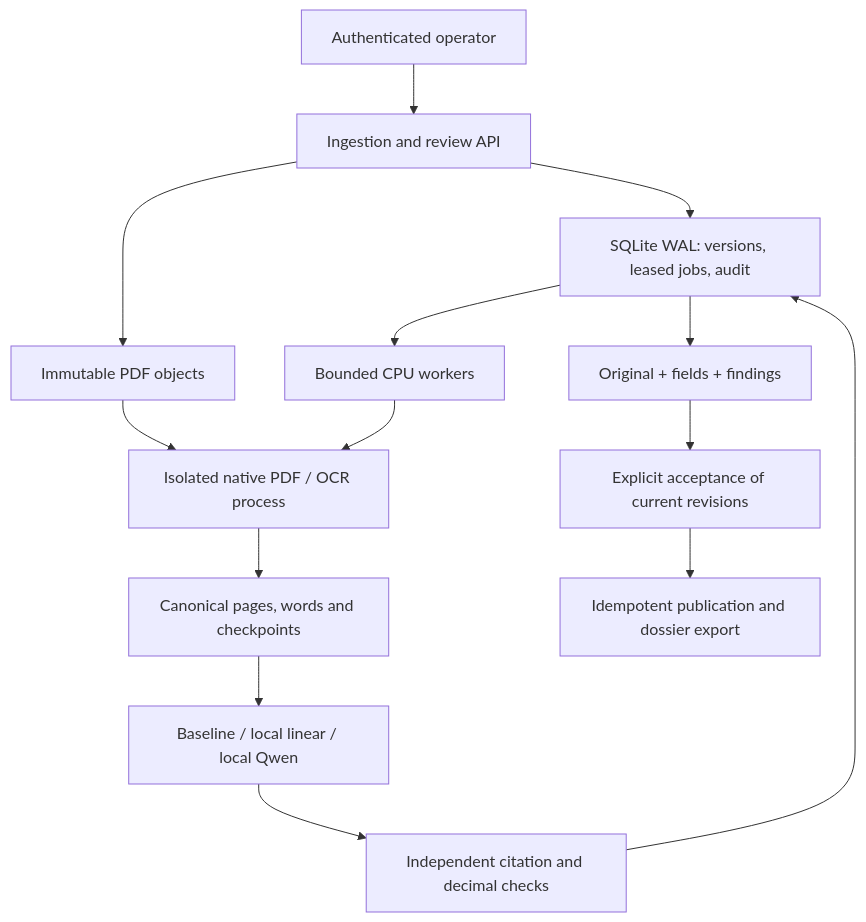
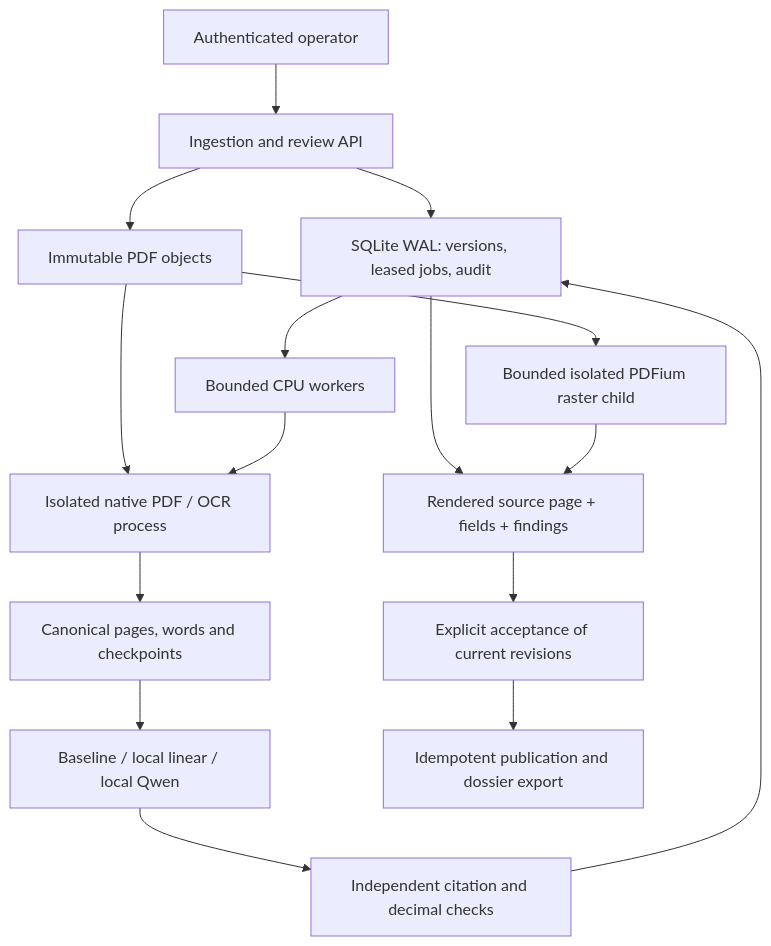
The diagram in docs/ARCHITECTURE.md (mehdisafer/document-control-intelligence), drawn with Mermaid before and after one commit. The commit also changed other lines of this file and 7 other files, not shown here.

````diff
--- a/docs/ARCHITECTURE.md
+++ b/docs/ARCHITECTURE.md
@@ -11,16 +11,18 @@
 ```mermaid
 flowchart TD
   Operator["Authenticated operator"] --> API["Ingestion and review API"]
   API --> DB["SQLite WAL: versions, leased jobs, audit"]
   API --> CAS["Immutable PDF objects"]
   DB --> Worker["Bounded CPU workers"]
   CAS --> Parser["Isolated native PDF / OCR process"]
   Worker --> Parser
   Parser --> Pages["Canonical pages, words and checkpoints"]
   Pages --> Extract["Baseline / local linear / local Qwen"]
   Extract --> Verify["Independent citation and decimal checks"]
   Verify --> DB
-  DB --> Review["Original + fields + findings"]
+  DB --> Review["Rendered source page + fields + findings"]
+  CAS --> Preview["Bounded isolated PDFium raster child"]
+  Preview --> Review
   Review --> Approval["Explicit acceptance of current revisions"]
   Approval --> Publish["Idempotent publication and dossier export"]
 ```
````
